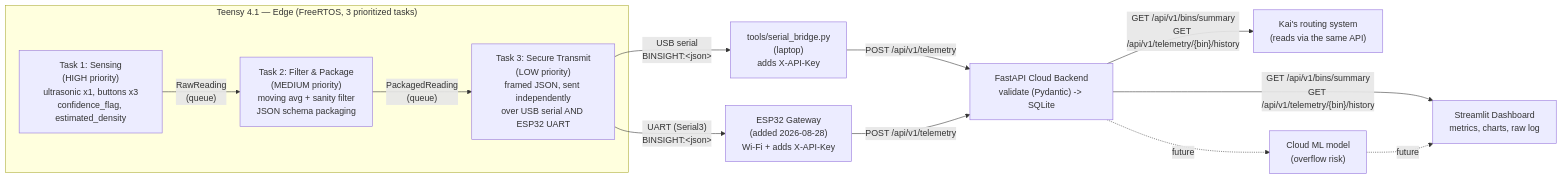
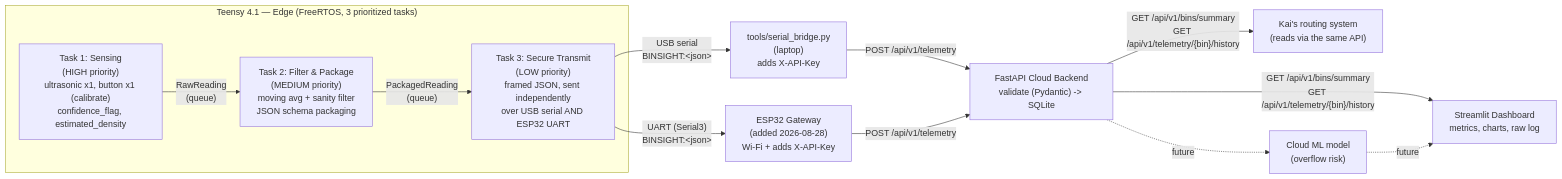
One commit to Rover-Panto/BinSight changed the diagram in hardware_pipeline/README.md. Above: the diagram before and after it, drawn with Mermaid. The commit also changed other lines of this file and 6 other files, not shown here.

First line of the commit message:
Remove manual waste-type buttons and their density baselines

````diff
--- a/hardware_pipeline/README.md
+++ b/hardware_pipeline/README.md
@@ -31,19 +32,19 @@
 ```mermaid
 flowchart LR
     subgraph Teensy41["Teensy 4.1 — Edge (FreeRTOS, 3 prioritized tasks)"]
-        T1["Task 1: Sensing\n(HIGH priority)\nultrasonic x1, buttons x3\nconfidence_flag, estimated_density"]
+        T1["Task 1: Sensing\n(HIGH priority)\nultrasonic x1, button x1 (calibrate)\nconfidence_flag, estimated_density"]
         T2["Task 2: Filter & Package\n(MEDIUM priority)\nmoving avg + sanity filter\nJSON schema packaging"]
         T3["Task 3: Secure Transmit\n(LOW priority)\nframed JSON, sent independently\nover USB serial AND ESP32 UART"]
         T1 -- "RawReading\n(queue)" --> T2
         T2 -- "PackagedReading\n(queue)" --> T3
     end
 
     T3 -- "USB serial\nBINSIGHT:&lt;json&gt;" --> BRIDGE["tools/serial_bridge.py\n(laptop)\nadds X-API-Key"]
     T3 -- "UART (Serial3)\nBINSIGHT:&lt;json&gt;" --> ESP["ESP32 Gateway\n(added 2026-08-28)\nWi-Fi + adds X-API-Key"]
     BRIDGE -- "POST /api/v1/telemetry" --> API["FastAPI Cloud Backend\nvalidate (Pydantic) -> SQLite"]
     ESP -- "POST /api/v1/telemetry" --> API
     API -- "GET /api/v1/bins/summary\nGET /api/v1/telemetry/{bin}/history" --> DASH["Streamlit Dashboard\nmetrics, charts, raw log"]
     API -- "GET /api/v1/bins/summary\nGET /api/v1/telemetry/{bin}/history" --> ROUTE["Kai's routing system\n(reads via the same API)"]
     API -.future.-> ML["Cloud ML model\n(overflow risk)"]
     ML -.future.-> DASH
 ```
````
